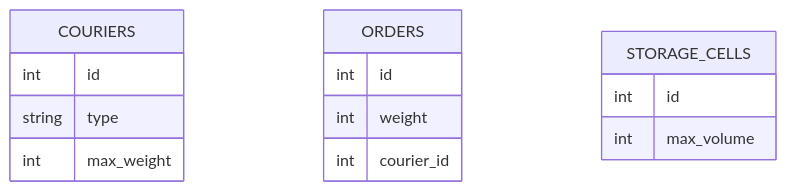
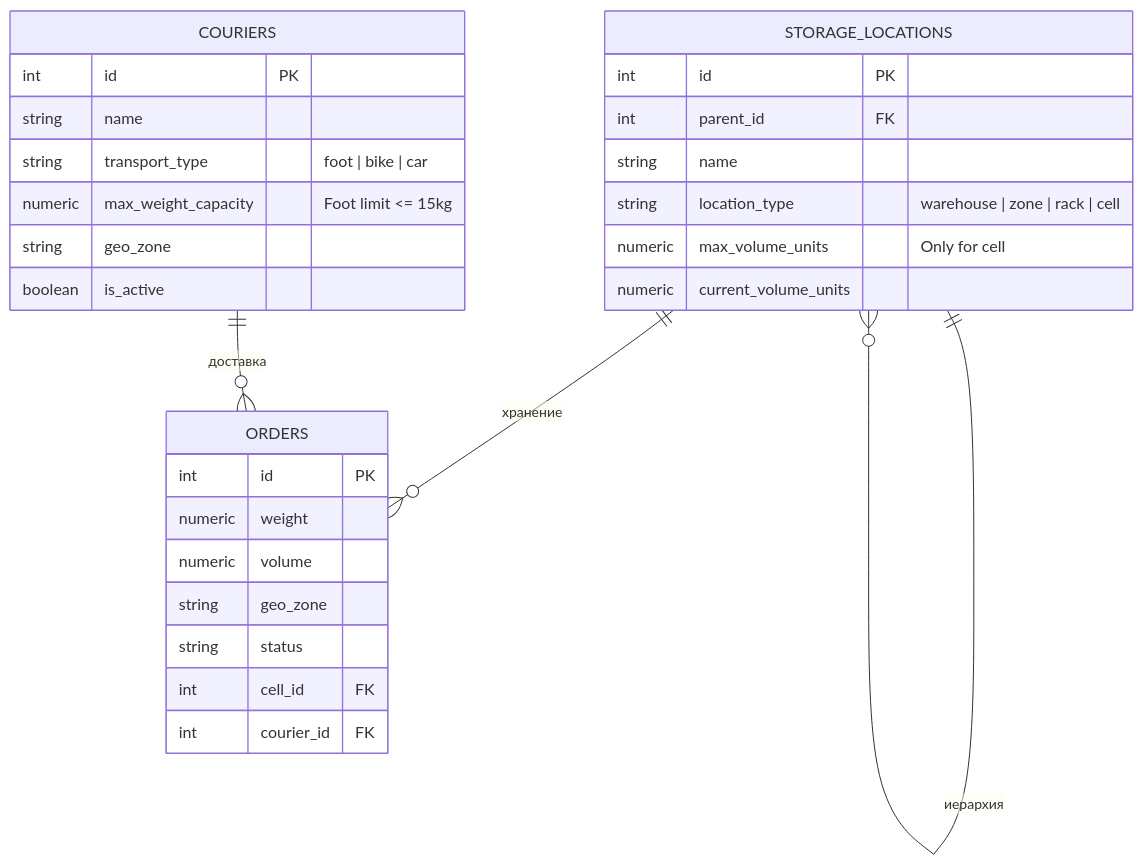
Before and after one commit to Damian-Zaharov/wms_test_framework_SQL: the diagram in README.md, drawn with Mermaid. The commit also changed other lines of this file, not shown here.

````diff
--- a/README.md
+++ b/README.md
@@ -72,19 +72,34 @@
 ```mermaid
 erDiagram
     COURIERS {
-        int id
-        string type
-        int max_weight
+        int id PK
+        string name
+        string transport_type "foot | bike | car"
+        numeric max_weight_capacity "Foot limit <= 15kg"
+        string geo_zone
+        boolean is_active
+    }
+
+    STORAGE_LOCATIONS {
+        int id PK
+        int parent_id FK
+        string name
+        string location_type "warehouse | zone | rack | cell"
+        numeric max_volume_units "Only for cell"
+        numeric current_volume_units
     }
 
     ORDERS {
-        int id
-        int weight
-        int courier_id
+        int id PK
+        numeric weight
+        numeric volume
+        string geo_zone
+        string status
+        int cell_id FK
+        int courier_id FK
     }
 
-    STORAGE_CELLS {
-        int id
-        int max_volume
-    }
+    STORAGE_LOCATIONS ||--o{ STORAGE_LOCATIONS : "иерархия"
+    STORAGE_LOCATIONS ||--o{ ORDERS : "хранение"
+    COURIERS ||--o{ ORDERS : "доставка"
 ```
````
